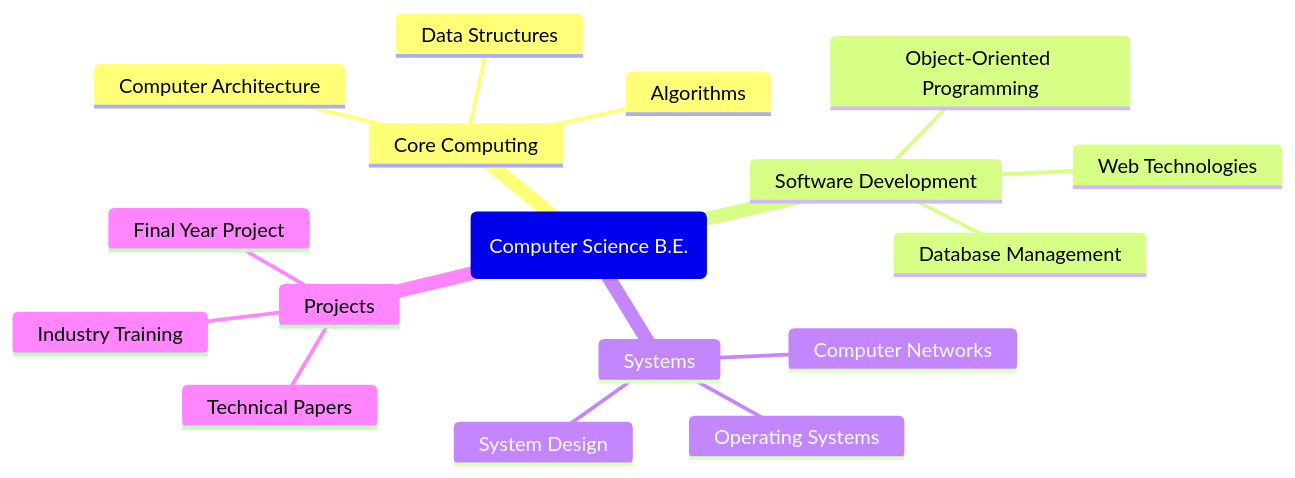
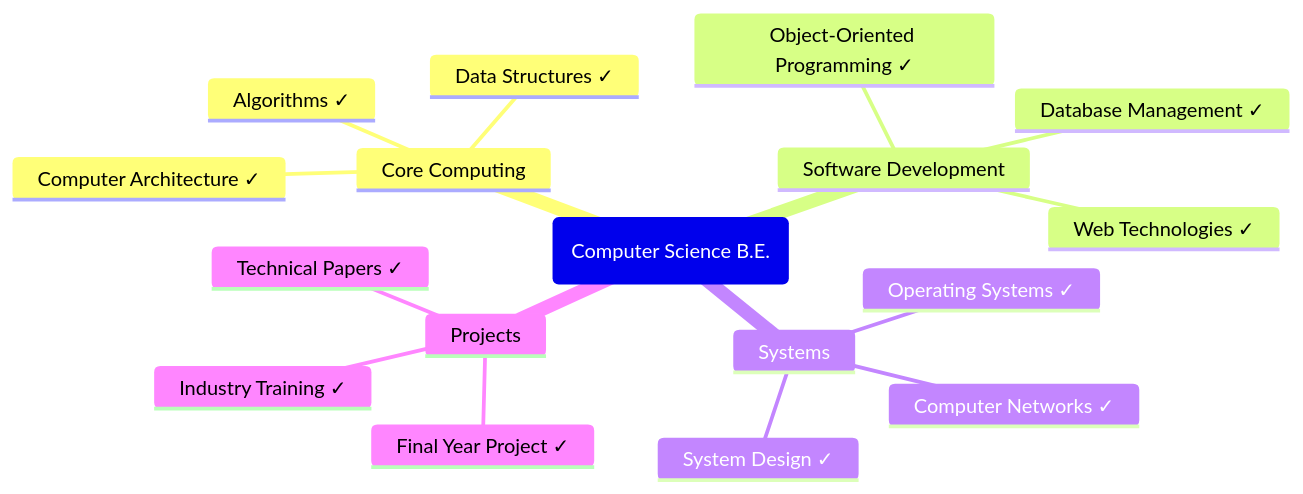
The fourth of 14 diagrams in README.md (saisrinivas194/saisrinivas194), drawn with Mermaid before and after one commit. The commit also changed other lines of this file, not shown here.

````diff
--- a/README.md
+++ b/README.md
@@ -103,20 +135,20 @@
 ```mermaid
 mindmap
     root("Computer Science B.E.")
         Core Computing
-            Data Structures
-            Algorithms
-            Computer Architecture
+            Data Structures ✓
+            Algorithms ✓
+            Computer Architecture ✓
         Software Development
-            Object-Oriented Programming
-            Web Technologies
-            Database Management
+            Object-Oriented Programming ✓
+            Web Technologies ✓
+            Database Management ✓
         Systems
-            Operating Systems
-            Computer Networks
-            System Design
+            Operating Systems ✓
+            Computer Networks ✓
+            System Design ✓
         Projects
-            Technical Papers
-            Industry Training
-            Final Year Project
+            Technical Papers ✓
+            Industry Training ✓
+            Final Year Project ✓
 ```
````
